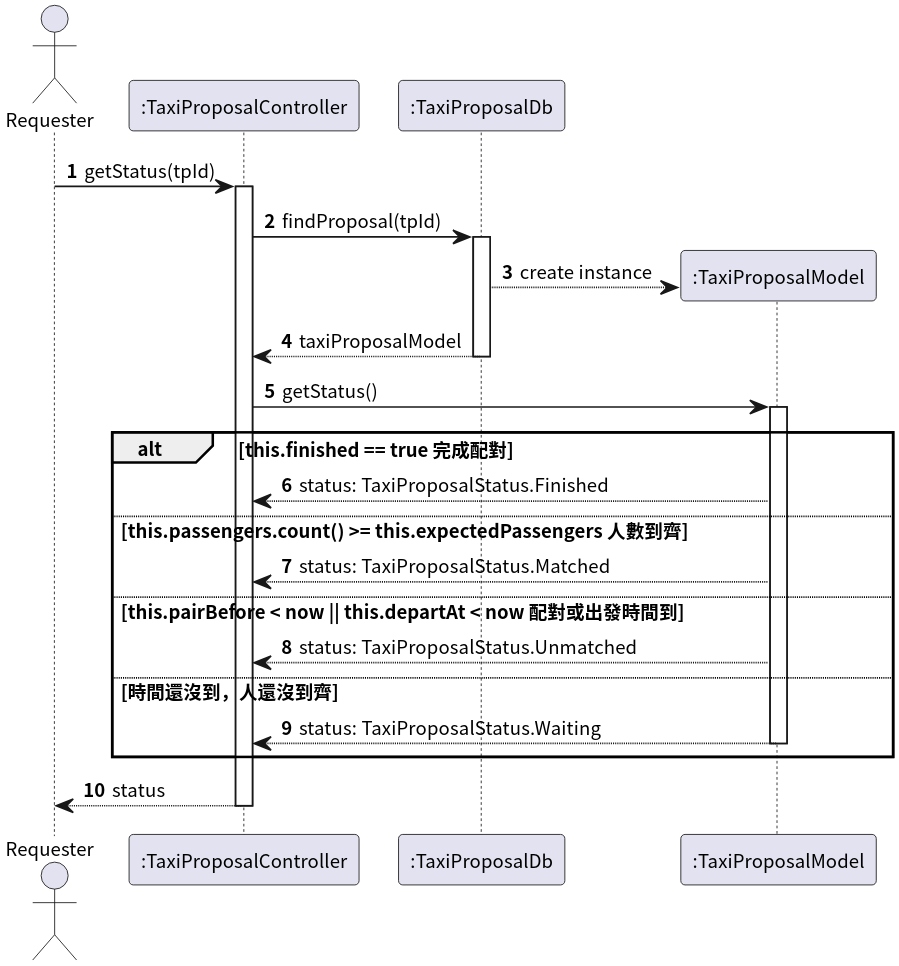
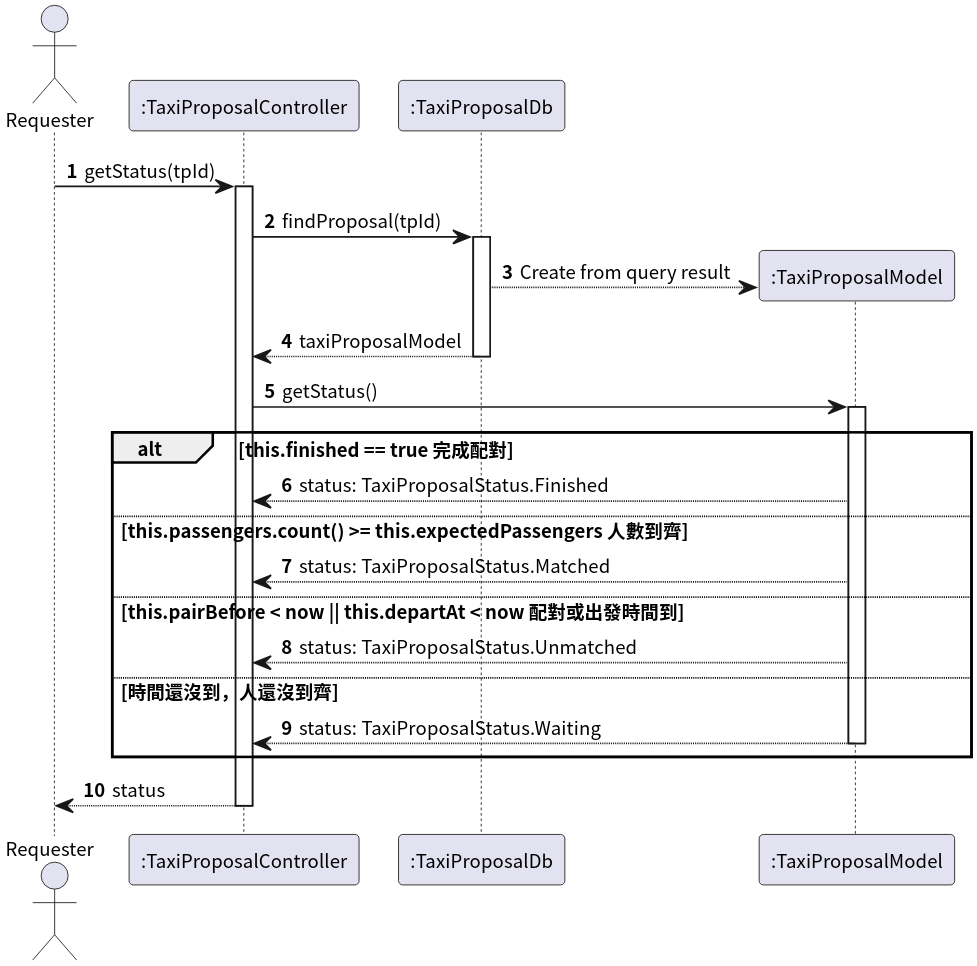
One commit to pan93412/nkust-homework changed the second of 2 diagrams in semester-4/system-analysis/basic-sequence-diagram/sequence-diagram.plantuml. Above: the diagram before and after it, drawn with PlantUML. The commit also changed other lines of this file, not shown here.

Commit message:
s4: system-analysis: Remove unused parts

```diff
--- a/semester-4/system-analysis/basic-sequence-diagram/sequence-diagram.plantuml
+++ b/semester-4/system-analysis/basic-sequence-diagram/sequence-diagram.plantuml
@@ -38,34 +36,34 @@
 @startuml TaxiProposalWaitForPairing
 
 autonumber
 skinparam dpi 300
 skinparam linetype ortho
 skinparam defaultFontSize 11
 skinparam defaultFontName "Noto Sans CJK TC"
 
 actor Requester as "Requester"
 participant TaxiProposalController as ":TaxiProposalController"
 participant TaxiProposalDb as ":TaxiProposalDb"
 
 Requester -> TaxiProposalController ++: getStatus(tpId)
 
 TaxiProposalController -> TaxiProposalDb ++: findProposal(tpId)
 create participant TaxiProposalModel as ":TaxiProposalModel"
-TaxiProposalDb --> TaxiProposalModel: create instance
+TaxiProposalDb --> TaxiProposalModel: Create from query result
 return taxiProposalModel
 
 TaxiProposalController -> TaxiProposalModel ++: getStatus()
 
 alt this.finished == true 完成配對
     TaxiProposalController <-- TaxiProposalModel: status: TaxiProposalStatus.Finished
 else this.passengers.count() >= this.expectedPassengers 人數到齊
     TaxiProposalController <-- TaxiProposalModel: status: TaxiProposalStatus.Matched
 else this.pairBefore < now || this.departAt < now 配對或出發時間到
     TaxiProposalController <-- TaxiProposalModel: status: TaxiProposalStatus.Unmatched
 else 時間還沒到，人還沒到齊
     TaxiProposalController <-- TaxiProposalModel --: status: TaxiProposalStatus.Waiting
 end
 
 return status
 
 @enduml TaxiProposalWaitForPairing
```
